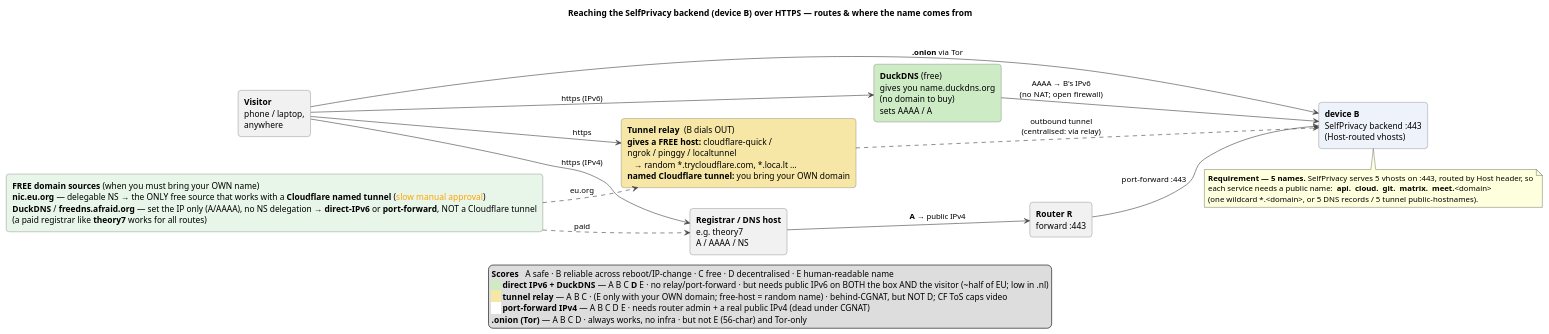
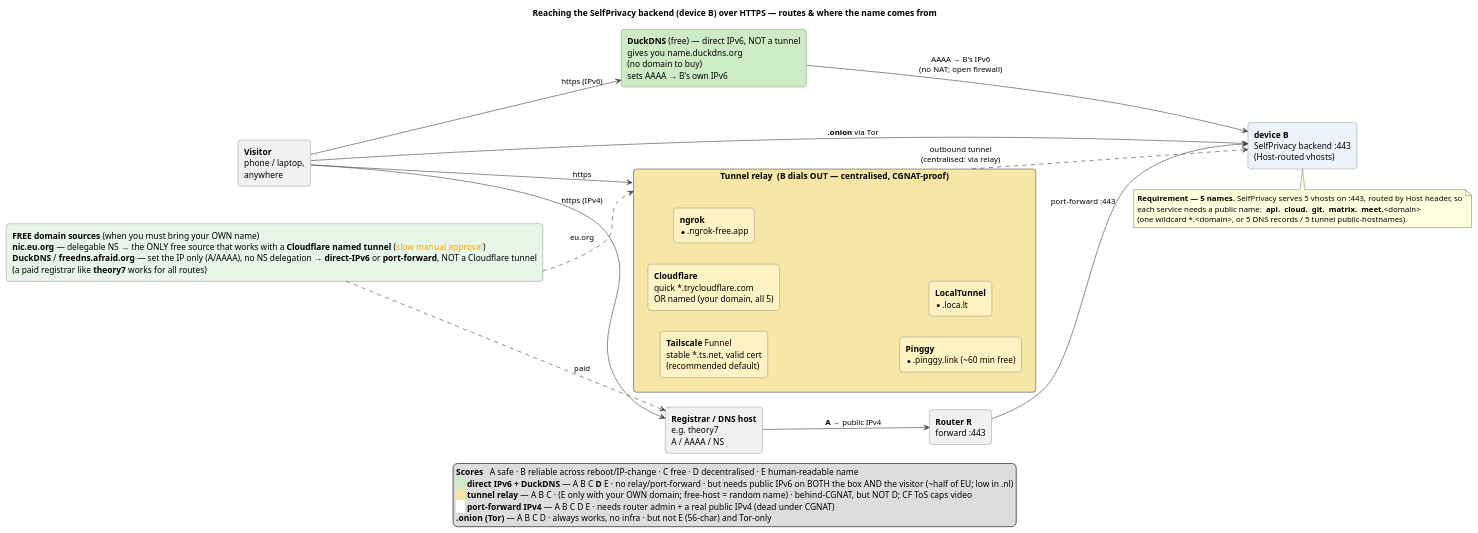
The diagram in docs/tunneling.puml (selfprivacy-over-alternative-nets/dev-dashboard), drawn with PlantUML before and after one commit. The commit also changed 12 other files, not shown here.

First line of the commit message:
dash: CLI-flow + tunneling diagrams, --expert-mode default, reqs 160-167

```diff
--- a/docs/tunneling.puml
+++ b/docs/tunneling.puml
@@ -1,55 +1,63 @@
 @startuml tunneling
 ' How device B (the SelfPrivacy backend) is reached over HTTPS, AND where the public name comes from.
 ' The hard part: B sits behind NAT (often CGNAT / a third party's router), so there is usually no
 ' inbound port to forward. These are the four routes, how each scores, and the name each one needs.
 ' Rendered deterministically to tunneling.svg by docs/render-diagrams.sh (pinned plantuml).
 title Reaching the SelfPrivacy backend (device B) over HTTPS — routes & where the name comes from
 
 skinparam shadowing false
 skinparam defaultFontName Helvetica
 skinparam ArrowColor #444444
 skinparam rectangle {
   BorderColor #555555
   roundCorner 10
 }
 
 left to right direction
 
 rectangle "**Visitor**\nphone / laptop,\nanywhere" as V
 rectangle "**device B**\nSelfPrivacy backend :443\n(Host-routed vhosts)" as B #EEF3FB
 
-rectangle "**Tunnel relay**  (B dials OUT)\n**gives a FREE host:** cloudflare-quick /\nngrok / pinggy / localtunnel\n   → random *.trycloudflare.com, *.loca.lt …\n**named Cloudflare tunnel:** you bring your OWN domain" as T #F7E7A6
-rectangle "**DuckDNS** (free)\ngives you  name.duckdns.org\n(no domain to buy)\nsets AAAA / A" as DD #CDEBC5
+rectangle "**Tunnel relay**  (B dials OUT — centralised, CGNAT-proof)" as T #F7E7A6 {
+  rectangle "**Tailscale** Funnel\nstable *.ts.net, valid cert\n(recommended default)" as T_TS #FFF3C4
+  rectangle "**Cloudflare**\nquick *.trycloudflare.com\nOR named (your domain, all 5)" as T_CF #FFF3C4
+  rectangle "**ngrok**\n*.ngrok-free.app" as T_NG #FFF3C4
+  rectangle "**Pinggy**\n*.pinggy.link (~60 min free)" as T_PG #FFF3C4
+  rectangle "**LocalTunnel**\n*.loca.lt" as T_LT #FFF3C4
+}
+' DuckDNS is NOT a tunnel — it is dynamic DNS that publishes an AAAA at the box's OWN public IPv6;
+' the visitor connects DIRECTLY (no relay). That is why it is decentralised (score D), unlike the relays.
+rectangle "**DuckDNS** (free) — direct IPv6, NOT a tunnel\ngives you  name.duckdns.org\n(no domain to buy)\nsets AAAA → B's own IPv6" as DD #CDEBC5
 rectangle "**Registrar / DNS host**\ne.g. theory7\nA / AAAA / NS" as REG
 rectangle "**Router R**\nforward :443" as R
 
 V --> T  : https
 T ..> B  : outbound tunnel\n(centralised: via relay)
 
 V --> DD : https (IPv6)
 DD --> B : AAAA → B's IPv6\n(no NAT; open firewall)
 
 V --> REG : https (IPv4)
 REG --> R : **A** → public IPv4
 R --> B   : port-forward :443
 
 V --> B  : **.onion** via Tor
 
 note bottom of B
   **Requirement — 5 names.** SelfPrivacy serves 5 vhosts on :443, routed by Host header, so
   each service needs a public name:  **api.**  **cloud.**  **git.**  **matrix.**  **meet.**<domain>
   (one wildcard *.<domain>, or 5 DNS records / 5 tunnel public-hostnames).
 end note
 
 rectangle "**FREE domain sources** (when you must bring your OWN name)\n**nic.eu.org** — delegable NS → the ONLY free source that works with a **Cloudflare named tunnel** (<color:orange>slow manual approval</color>)\n**DuckDNS** / **freedns.afraid.org** — set the IP only (A/AAAA), no NS delegation → **direct-IPv6** or **port-forward**, NOT a Cloudflare tunnel\n(a paid registrar like **theory7** works for all routes)" as SRC #E8F5E9
 SRC ..> T   : eu.org
 SRC ..> REG : paid
 
 legend bottom
 <b>Scores</b>   A safe · B reliable across reboot/IP-change · C free · D decentralised · E human-readable name
 <back:#CDEBC5>    </back> <b>direct IPv6 + DuckDNS</b> — A B C <b>D</b> E · no relay/port-forward · but needs public IPv6 on BOTH the box AND the visitor (~half of EU; low in .nl)
 <back:#F7E7A6>    </back> <b>tunnel relay</b> — A B C · (E only with your OWN domain; free-host = random name) · behind-CGNAT, but NOT D; CF ToS caps video
 <back:#FFFFFF>    </back> <b>port-forward IPv4</b> — A B C D E · needs router admin + a real public IPv4 (dead under CGNAT)
 <b>.onion (Tor)</b> — A B C D · always works, no infra · but not E (56-char) and Tor-only
 endlegend
 @enduml
```
